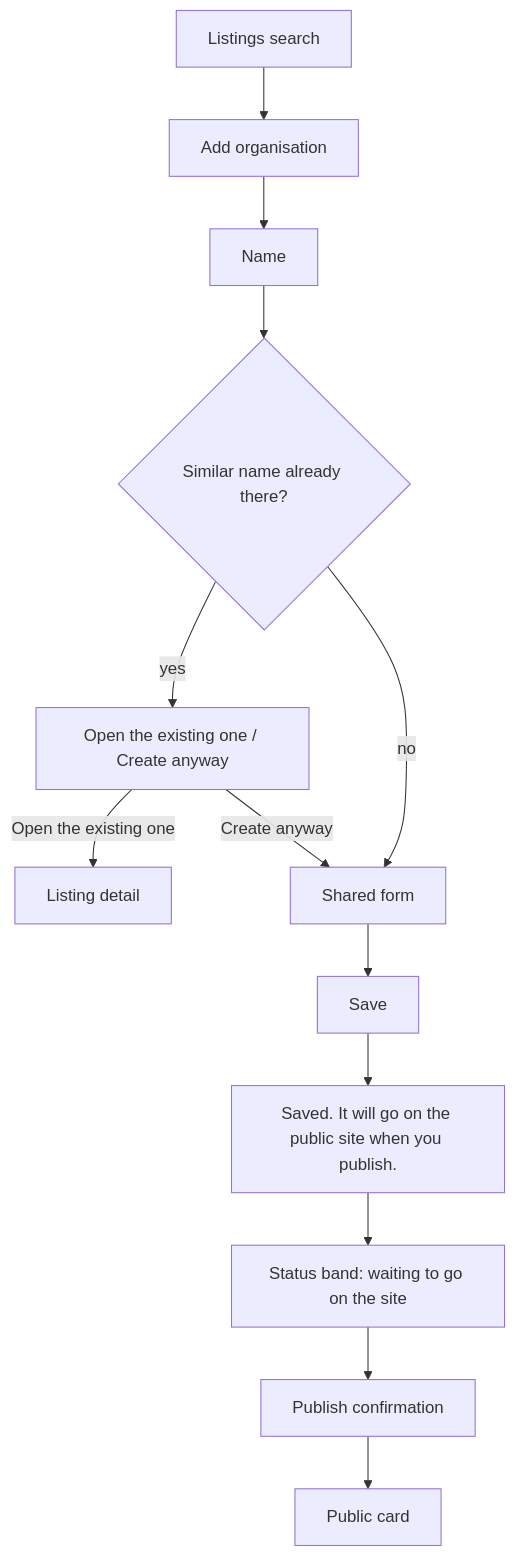
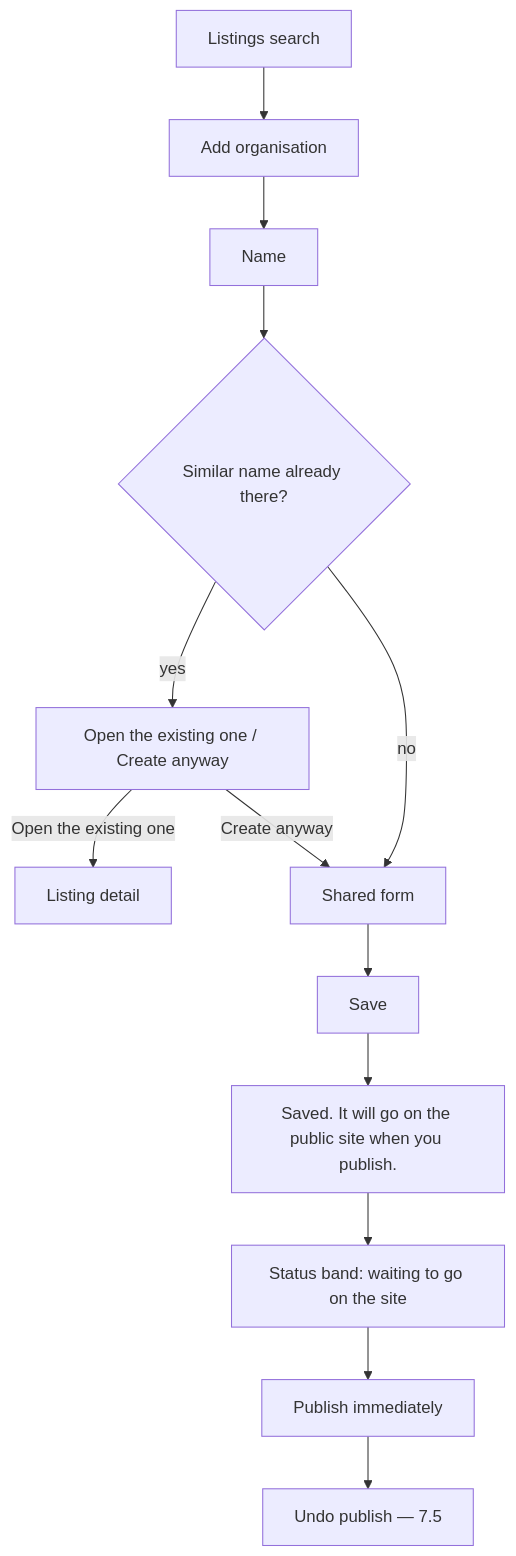
One commit to irab/porirua-locality-preview changed the second of 4 diagrams in docs/design/editor-interface-design.md. Above: the diagram before and after it, drawn with Mermaid. The commit also changed other lines of this file and 2 other files, not shown here.

First line of the commit message:
Record the five accepted editor interface decisions and the Undo publish design.

````diff
--- a/docs/design/editor-interface-design.md
+++ b/docs/design/editor-interface-design.md
@@ -418,15 +410,15 @@
 ```mermaid
 flowchart TD
   list[Listings search] --> add[Add organisation]
   add --> name[Name]
   name --> dup{Similar name already there?}
   dup -->|yes| warn[Open the existing one / Create anyway]
   warn -->|Open the existing one| detail[Listing detail]
   warn -->|Create anyway| fields[Shared form]
   dup -->|no| fields
   fields --> save[Save]
   save --> toast[Saved. It will go on the public site when you publish.]
   toast --> pub[Status band: waiting to go on the site]
-  pub --> confirm[Publish confirmation]
-  confirm --> live[Public card]
+  pub --> live[Publish immediately]
+  live --> undoPub[Undo publish — 7.5]
 ```
````
